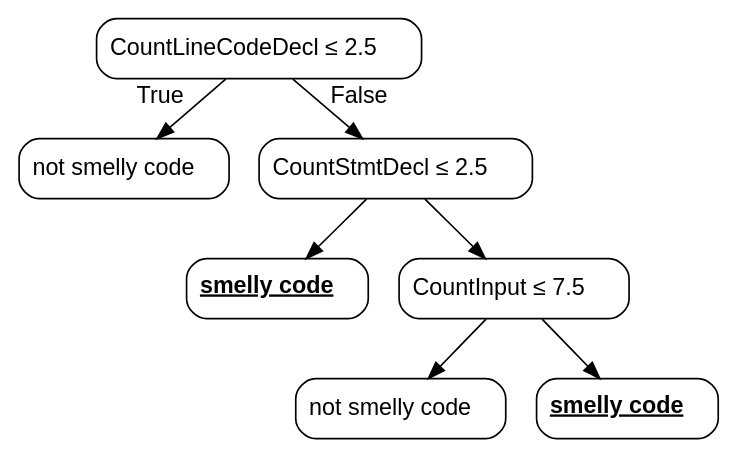
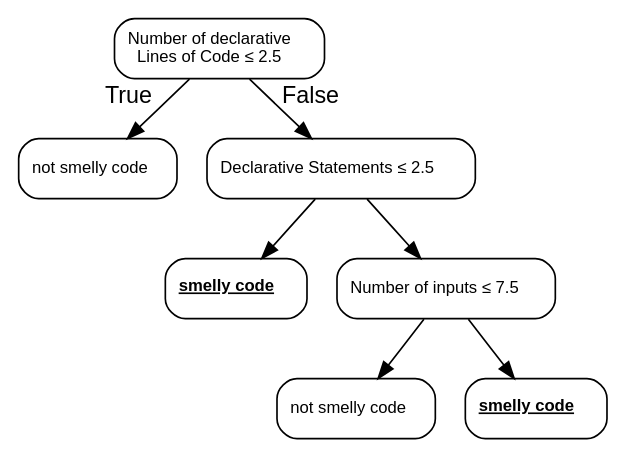
The diagram in artefatos/models/dt/lpl/dot/4.dot (christianorossini/masterProject), drawn with Graphviz before and after one commit. The commit also changed 19 other files, not shown here.

```diff
--- a/artefatos/models/dt/lpl/dot/4.dot
+++ b/artefatos/models/dt/lpl/dot/4.dot
@@ -1,17 +1,17 @@
 digraph Tree {
-node [color="black", fontname=helvetica, shape=box, style="rounded"];
+node [color="black", fontname=helvetica, shape=box, style="rounded", width=0.5, fontsize=10];
 edge [fontname=helvetica];
-0 [label=<CountLineCodeDecl &le; 2.5>];
+0 [label=<Number of declarative<br/> Lines of Code &le; 2.5>];
 1 [label=<not smelly code>];
 0 -> 1  [headlabel="True", labelangle=45, labeldistance="2.5"];
-2 [label=<CountStmtDecl &le; 2.5>];
+2 [label=<Declarative Statements &le; 2.5>];
 0 -> 2  [headlabel="False", labelangle="-45", labeldistance="2.5"];
 3 [label=<<u><b>smelly code</b></u>>];
 2 -> 3;
-4 [label=<CountInput &le; 7.5>];
+4 [label=<Number of inputs &le; 7.5>];
 2 -> 4;
 5 [label=<not smelly code>];
 4 -> 5;
 6 [label=<<u><b>smelly code</b></u>>];
 4 -> 6;
 }
```
